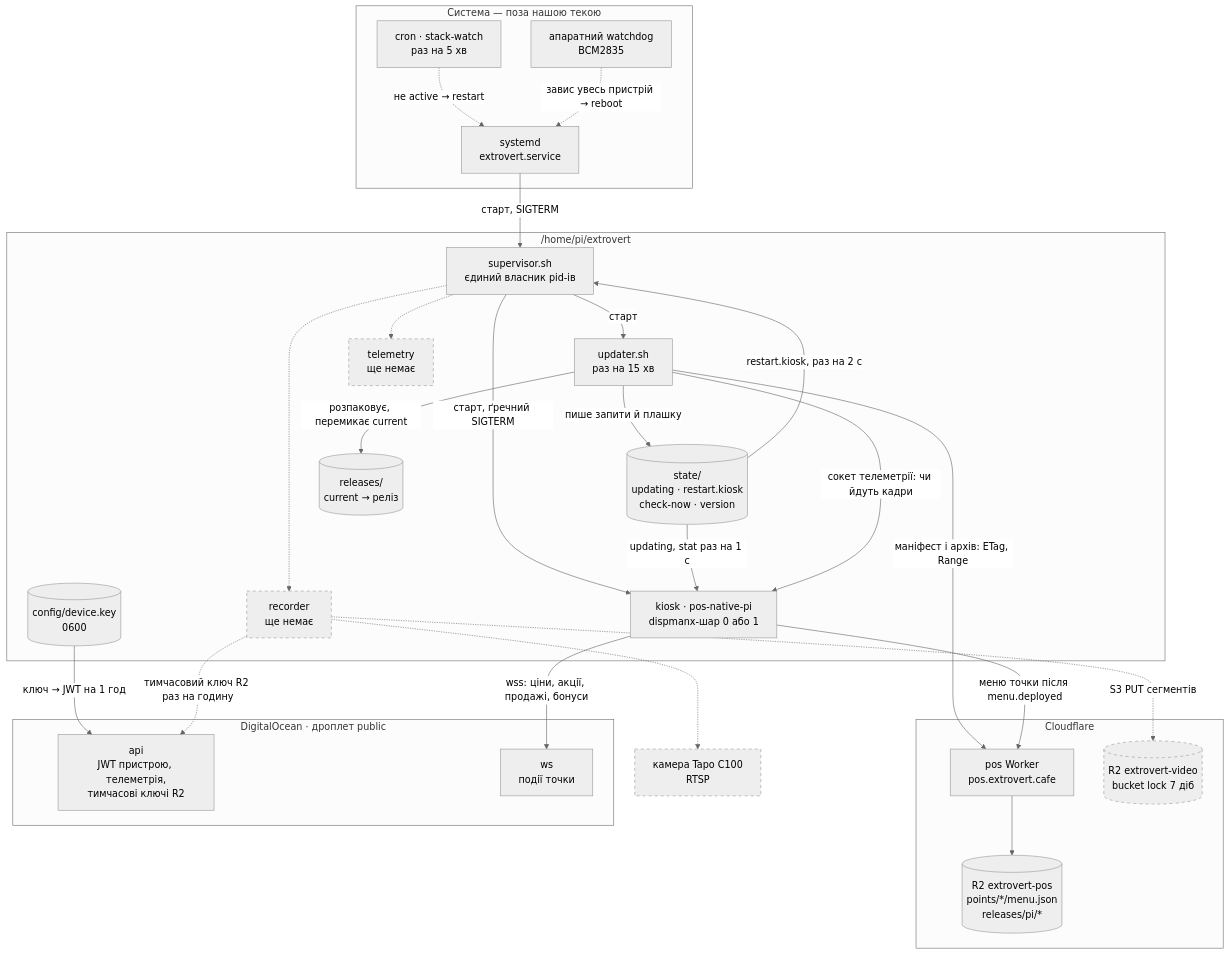
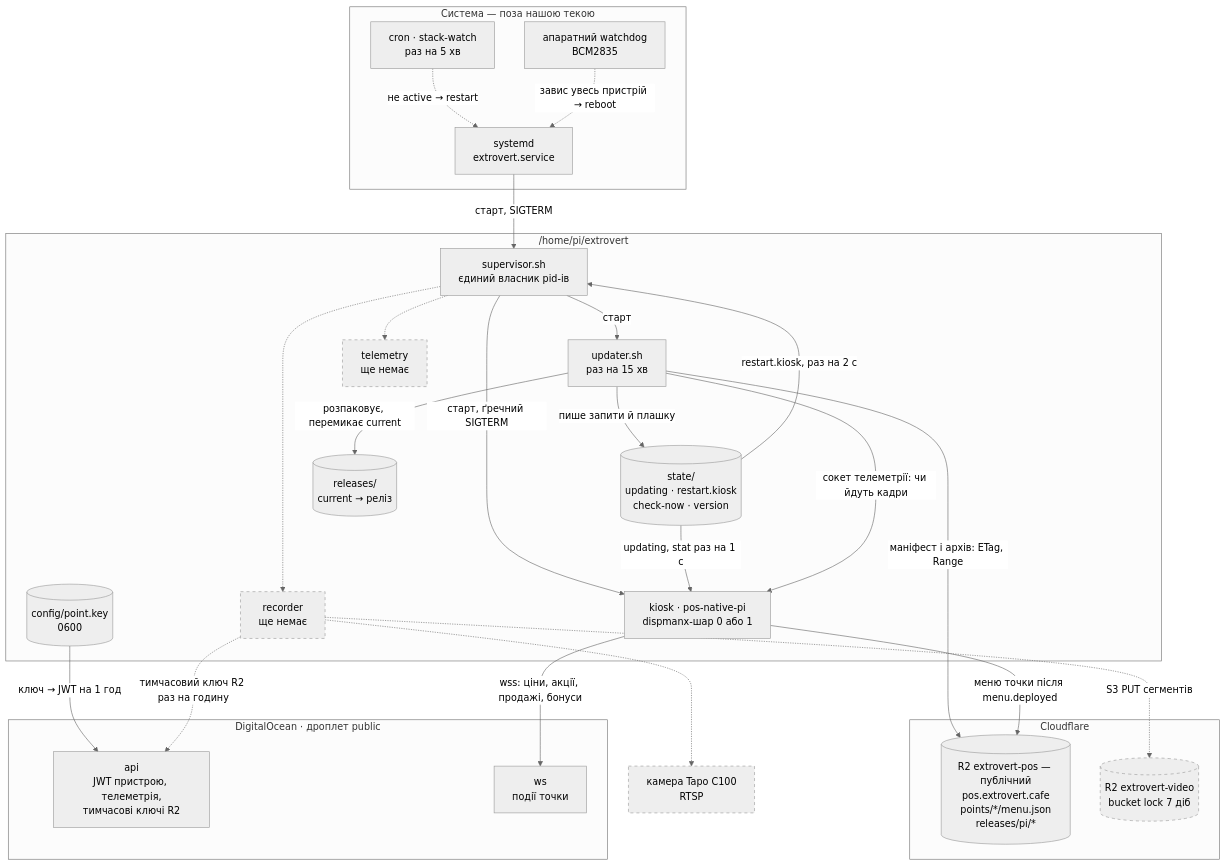
The first of 2 diagrams in docs/raspberry-pi.md (arsengoian/extrovert.cafe), drawn with Mermaid (neutral theme) before and after one commit. The commit also changed other lines of this file and 13 other files, not shown here.

````diff
--- a/docs/raspberry-pi.md
+++ b/docs/raspberry-pi.md
@@ -66,55 +83,53 @@
 ```mermaid
 graph TB
   subgraph sys["Система — поза нашою текою"]
     systemd["systemd<br/>extrovert.service"]
     cron["cron · stack-watch<br/>раз на 5 хв"]
     wdog["апаратний watchdog<br/>BCM2835"]
   end
 
   subgraph root["/home/pi/extrovert"]
     sup["supervisor.sh<br/>єдиний власник pid-ів"]
     kiosk["kiosk · pos-native-pi<br/>dispmanx-шар 0 або 1"]
     upd["updater.sh<br/>раз на 15 хв"]
     rec["recorder<br/>ще немає"]:::planned
     tel["telemetry<br/>ще немає"]:::planned
     state[("state/<br/>updating · restart.kiosk<br/>check-now · version")]
     rels[("releases/<br/>current → реліз")]
-    key[("config/device.key<br/>0600")]
+    key[("config/point.key<br/>0600")]
   end
 
   subgraph cf["Cloudflare"]
-    worker["pos Worker<br/>pos.extrovert.cafe"]
-    r2[("R2 extrovert-pos<br/>points/*/menu.json<br/>releases/pi/*")]
+    r2[("R2 extrovert-pos — публічний<br/>pos.extrovert.cafe<br/>points/*/menu.json<br/>releases/pi/*")]
     r2v[("R2 extrovert-video<br/>bucket lock 7 діб")]:::planned
   end
 
   subgraph dop["DigitalOcean · дроплет public"]
     api["api<br/>JWT пристрою, телеметрія,<br/>тимчасові ключі R2"]
     ws["ws<br/>події точки"]
   end
 
   cam["камера Tapo C100<br/>RTSP"]:::planned
 
   systemd -- "старт, SIGTERM" --> sup
   cron -. "не active → restart" .-> systemd
   wdog -. "завис увесь пристрій → reboot" .-> systemd
   sup -- "старт, ґречний SIGTERM" --> kiosk
   sup -- "старт" --> upd
   sup -.-> rec
   sup -.-> tel
   upd -- "пише запити й плашку" --> state
   state -- "restart.kiosk, раз на 2 с" --> sup
   state -- "updating, stat раз на 1 с" --> kiosk
   upd -- "сокет телеметрії: чи йдуть кадри" --> kiosk
-  upd -- "маніфест і архів: ETag, Range" --> worker
-  kiosk -- "меню точки після menu.deployed" --> worker
-  worker --> r2
+  upd -- "маніфест і архів: ETag, Range" --> r2
+  kiosk -- "меню точки після menu.deployed" --> r2
   upd -- "розпаковує, перемикає current" --> rels
   key -- "ключ → JWT на 1 год" --> api
   kiosk -- "wss: ціни, акції, продажі, бонуси" --> ws
   rec -. "тимчасовий ключ R2 раз на годину" .-> api
   rec -. "S3 PUT сегментів" .-> r2v
   rec -.-> cam
 
   classDef planned stroke-dasharray: 5 5
 ```
````
